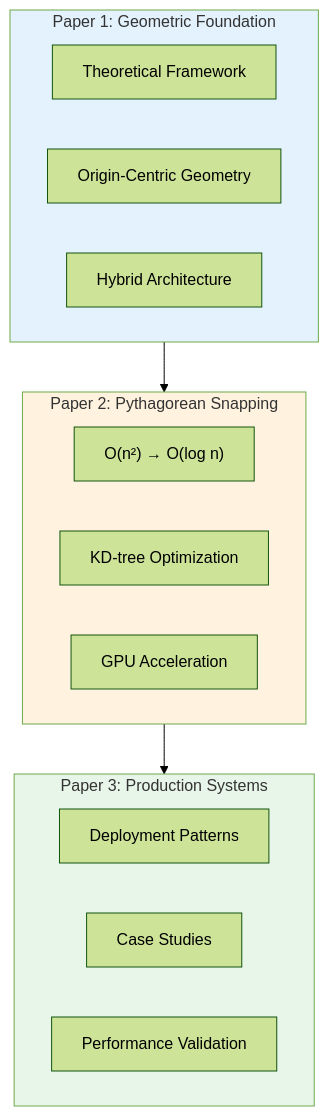
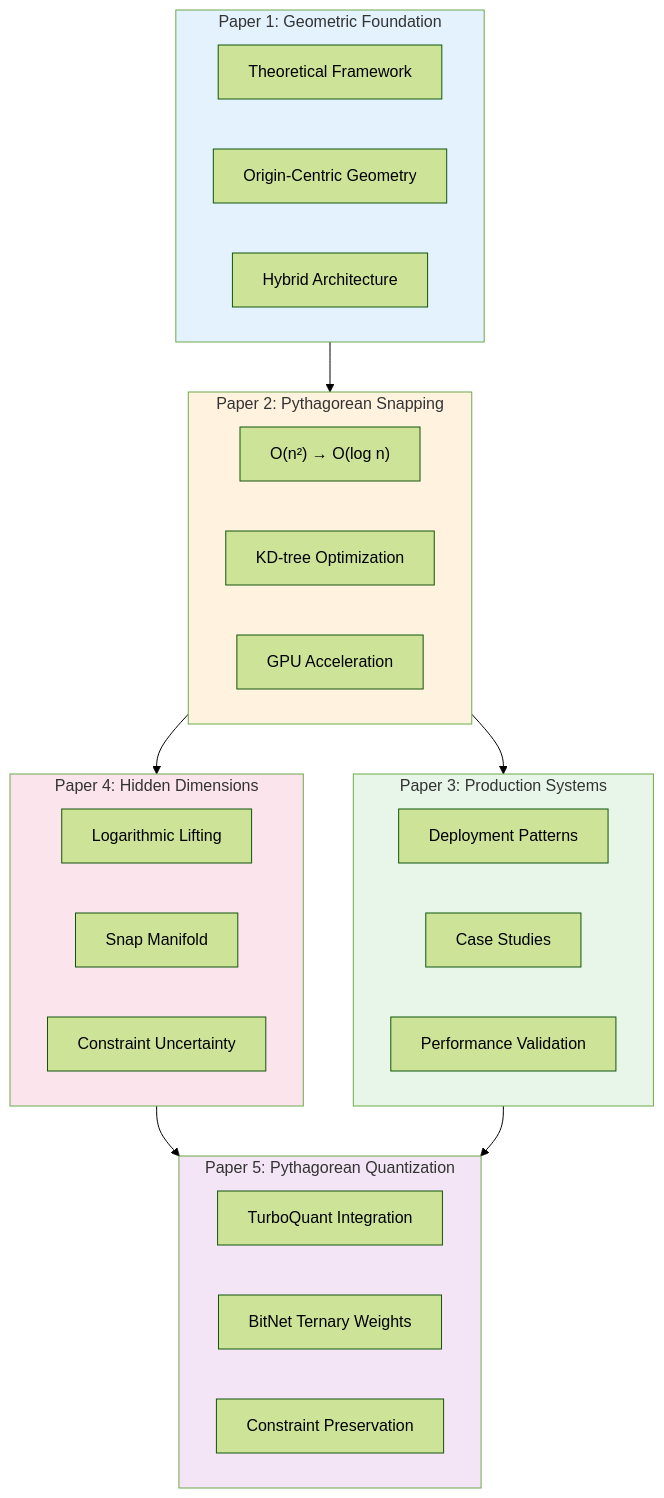
One commit to SuperInstance/constraint-theory-research changed the first of 7 diagrams in papers/README.md. Above: the diagram before and after it, drawn with Mermaid (forest theme). The commit also changed other lines of this file and 14 other files, not shown here.

````diff
--- a/papers/README.md
+++ b/papers/README.md
@@ -11,27 +11,44 @@
 ```mermaid
 graph TB
     subgraph Foundation["Paper 1: Geometric Foundation"]
         F1["Theoretical Framework"]
         F2["Origin-Centric Geometry"]
         F3["Hybrid Architecture"]
     end
 
     subgraph Algorithms["Paper 2: Pythagorean Snapping"]
         A1["O(n²) → O(log n)"]
         A2["KD-tree Optimization"]
         A3["GPU Acceleration"]
     end
 
     subgraph Practice["Paper 3: Production Systems"]
         P1["Deployment Patterns"]
         P2["Case Studies"]
         P3["Performance Validation"]
     end
 
+    subgraph Hidden["Paper 4: Hidden Dimensions"]
+        H1["Logarithmic Lifting"]
+        H2["Snap Manifold"]
+        H3["Constraint Uncertainty"]
+    end
+
+    subgraph Quantization["Paper 5: Pythagorean Quantization"]
+        Q1["TurboQuant Integration"]
+        Q2["BitNet Ternary Weights"]
+        Q3["Constraint Preservation"]
+    end
+
     Foundation --> Algorithms
     Algorithms --> Practice
+    Algorithms --> Hidden
+    Hidden --> Quantization
+    Practice --> Quantization
 
     style Foundation fill:#e3f2fd
     style Algorithms fill:#fff3e0
     style Practice fill:#e8f5e9
+    style Hidden fill:#fce4ec
+    style Quantization fill:#f3e5f5
 ```
````
